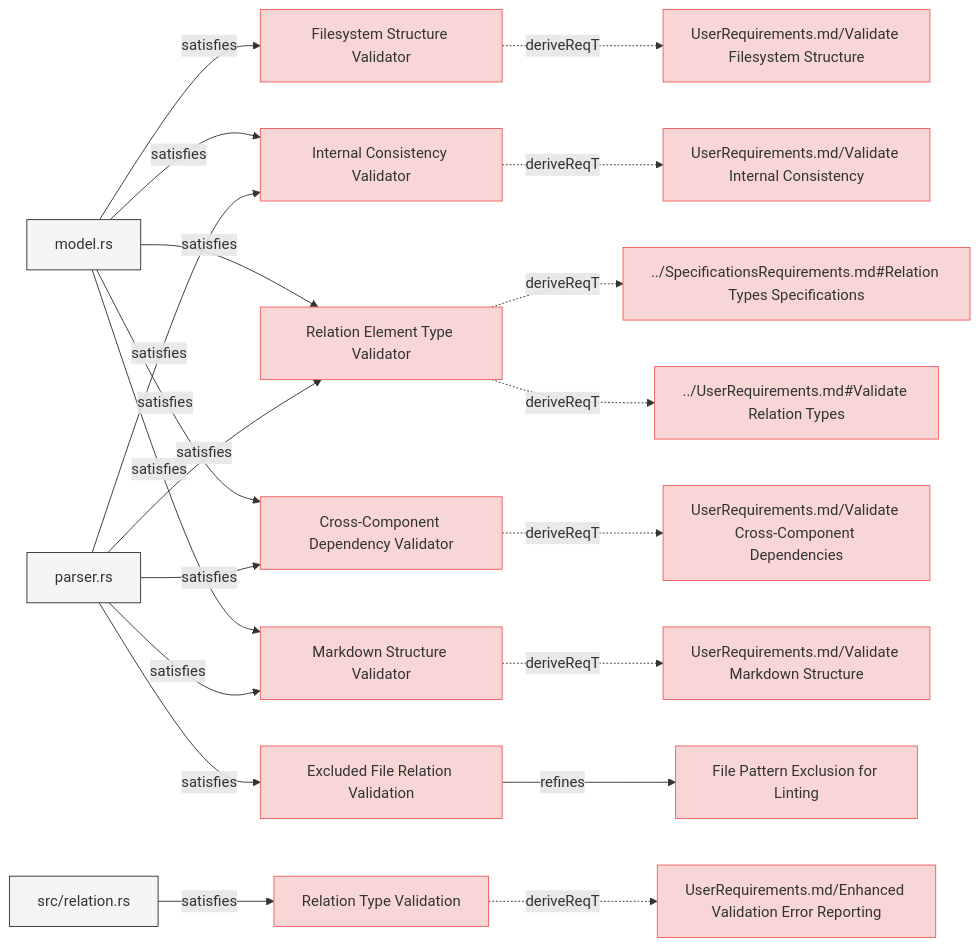
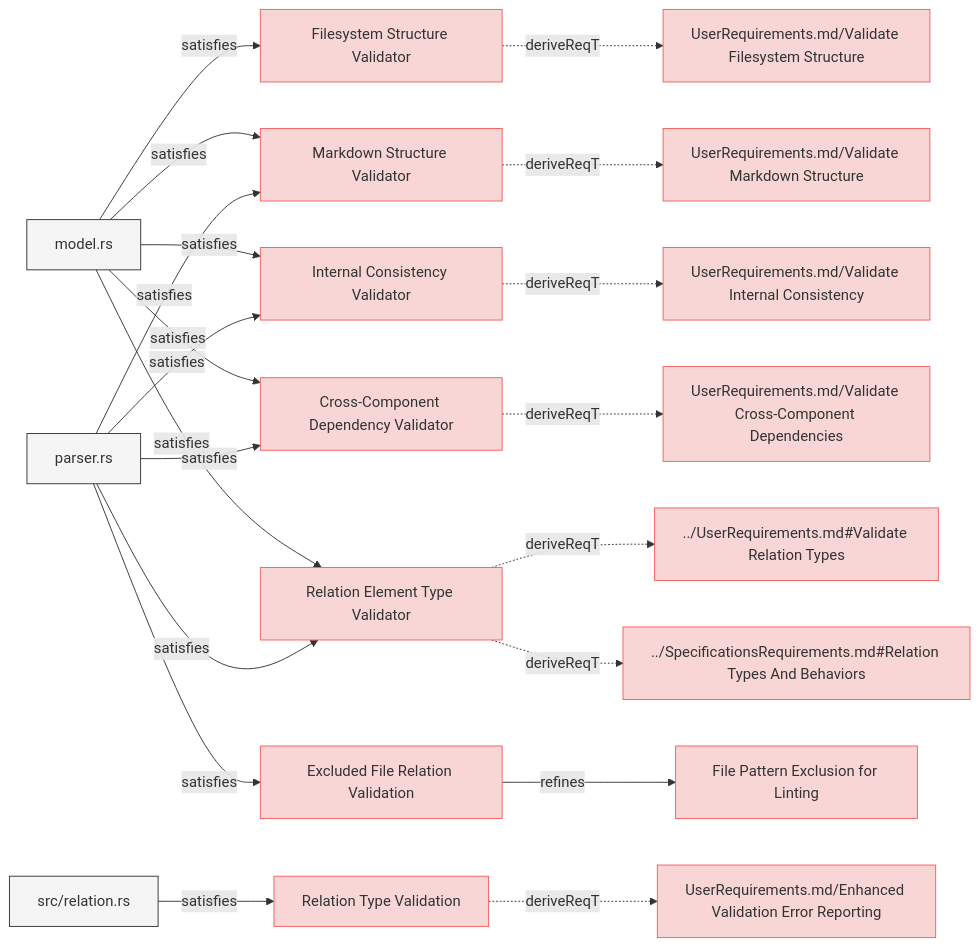
One commit to reqvire-org/reqvire changed the seventh of 8 diagrams in specifications/SystemRequirements/Requirements.md. Above: the diagram before and after it, drawn with Mermaid. The commit also changed other lines of this file and 56 other files, not shown here.

````diff
--- a/specifications/SystemRequirements/Requirements.md
+++ b/specifications/SystemRequirements/Requirements.md
@@ -854,82 +894,82 @@
 ```mermaid
 graph LR;
   %% Graph styling
   classDef requirement fill:#f9d6d6,stroke:#f55f5f,stroke-width:1px;
   classDef verification fill:#d6f9d6,stroke:#5fd75f,stroke-width:1px;
   classDef externalLink fill:#d0e0ff,stroke:#3080ff,stroke-width:1px;
   classDef default fill:#f5f5f5,stroke:#333333,stroke-width:1px;
 
+  ec201a112c9de469["Filesystem Structure Validator"];
+  click ec201a112c9de469 "https://github.com/ilijaljubicic/ReqFlow/blob/29a17f176519a28e973567d4102beb95f41075ed/specifications/SystemRequirements/Requirements.md#filesystem-structure-validator";
+  class ec201a112c9de469 requirement;
+  d834cc4bc9dbb07c["UserRequirements.md/Validate Filesystem Structure"];
+  class d834cc4bc9dbb07c requirement;
+  click d834cc4bc9dbb07c "https://github.com/ilijaljubicic/ReqFlow/blob/29a17f176519a28e973567d4102beb95f41075ed/specifications/UserRequirements.md#validate-filesystem-structure";
+  ec201a112c9de469 -.->|deriveReqT| d834cc4bc9dbb07c;
+  6136c216c9f80165["model.rs"];
+  class 6136c216c9f80165 default;
+  click 6136c216c9f80165 "https://github.com/ilijaljubicic/ReqFlow/blob/29a17f176519a28e973567d4102beb95f41075ed/core/src/model.rs";
+  6136c216c9f80165 -->|satisfies| ec201a112c9de469;
   887db62e0fb2818d["Markdown Structure Validator"];
-  click 887db62e0fb2818d "https://github.com/ilijaljubicic/ReqFlow/blob/a94231473c9a4a56fe21608ebd13787e0cc3f2dc/specifications/SystemRequirements/Requirements.md#markdown-structure-validator";
+  click 887db62e0fb2818d "https://github.com/ilijaljubicic/ReqFlow/blob/29a17f176519a28e973567d4102beb95f41075ed/specifications/SystemRequirements/Requirements.md#markdown-structure-validator";
   class 887db62e0fb2818d requirement;
   7b1772417b3ad5e["UserRequirements.md/Validate Markdown Structure"];
   class 7b1772417b3ad5e requirement;
-  click 7b1772417b3ad5e "https://github.com/ilijaljubicic/ReqFlow/blob/a94231473c9a4a56fe21608ebd13787e0cc3f2dc/specifications/UserRequirements.md#validate-markdown-structure";
+  click 7b1772417b3ad5e "https://github.com/ilijaljubicic/ReqFlow/blob/29a17f176519a28e973567d4102beb95f41075ed/specifications/UserRequirements.md#validate-markdown-structure";
   887db62e0fb2818d -.->|deriveReqT| 7b1772417b3ad5e;
-  6136c216c9f80165["model.rs"];
-  class 6136c216c9f80165 default;
-  click 6136c216c9f80165 "https://github.com/ilijaljubicic/ReqFlow/blob/a94231473c9a4a56fe21608ebd13787e0cc3f2dc/core/src/model.rs";
   6136c216c9f80165 -->|satisfies| 887db62e0fb2818d;
   3b1e87396caf6495["parser.rs"];
   class 3b1e87396caf6495 default;
-  click 3b1e87396caf6495 "https://github.com/ilijaljubicic/ReqFlow/blob/a94231473c9a4a56fe21608ebd13787e0cc3f2dc/core/src/parser.rs";
+  click 3b1e87396caf6495 "https://github.com/ilijaljubicic/ReqFlow/blob/29a17f176519a28e973567d4102beb95f41075ed/core/src/parser.rs";
   3b1e87396caf6495 -->|satisfies| 887db62e0fb2818d;
   5870488e00ee4f36["Relation Type Validation"];
-  click 5870488e00ee4f36 "https://github.com/ilijaljubicic/ReqFlow/blob/a94231473c9a4a56fe21608ebd13787e0cc3f2dc/specifications/SystemRequirements/Requirements.md#relation-type-validation";
+  click 5870488e00ee4f36 "https://github.com/ilijaljubicic/ReqFlow/blob/29a17f176519a28e973567d4102beb95f41075ed/specifications/SystemRequirements/Requirements.md#relation-type-validation";
   class 5870488e00ee4f36 requirement;
   7cf5cf9900076be6["UserRequirements.md/Enhanced Validation Error Reporting"];
   class 7cf5cf9900076be6 requirement;
-  click 7cf5cf9900076be6 "https://github.com/ilijaljubicic/ReqFlow/blob/a94231473c9a4a56fe21608ebd13787e0cc3f2dc/specifications/UserRequirements.md#enhanced-validation-error-reporting";
+  click 7cf5cf9900076be6 "https://github.com/ilijaljubicic/ReqFlow/blob/29a17f176519a28e973567d4102beb95f41075ed/specifications/UserRequirements.md#enhanced-validation-error-reporting";
   5870488e00ee4f36 -.->|deriveReqT| 7cf5cf9900076be6;
   ed4f94bde93b51b2["src/relation.rs"];
   class ed4f94bde93b51b2 default;
-  click ed4f94bde93b51b2 "https://github.com/ilijaljubicic/ReqFlow/blob/a94231473c9a4a56fe21608ebd13787e0cc3f2dc/core/src/relation.rs";
+  click ed4f94bde93b51b2 "https://github.com/ilijaljubicic/ReqFlow/blob/29a17f176519a28e973567d4102beb95f41075ed/core/src/relation.rs";
   ed4f94bde93b51b2 -->|satisfies| 5870488e00ee4f36;
-  c5c85bedd1cf11e6["Excluded File Relation Validation"];
-  click c5c85bedd1cf11e6 "https://github.com/ilijaljubicic/ReqFlow/blob/a94231473c9a4a56fe21608ebd13787e0cc3f2dc/specifications/SystemRequirements/Requirements.md#excluded-file-relation-validation";
-  class c5c85bedd1cf11e6 requirement;
-  45770e9b319d3819["File Pattern Exclusion for Linting"];
-  class 45770e9b319d3819 requirement;
-  click 45770e9b319d3819 "https://github.com/ilijaljubicic/ReqFlow/blob/a94231473c9a4a56fe21608ebd13787e0cc3f2dc/specifications/SystemRequirements/Requirements.md#file-pattern-exclusion-for-linting";
-  c5c85bedd1cf11e6 -->|refines| 45770e9b319d3819;
-  3b1e87396caf6495 -->|satisfies| c5c85bedd1cf11e6;
+  1c2e7c81f9f01e10["Internal Consistency Validator"];
+  click 1c2e7c81f9f01e10 "https://github.com/ilijaljubicic/ReqFlow/blob/29a17f176519a28e973567d4102beb95f41075ed/specifications/SystemRequirements/Requirements.md#internal-consistency-validator";
+  class 1c2e7c81f9f01e10 requirement;
+  9e524ac696c43a26["UserRequirements.md/Validate Internal Consistency"];
+  class 9e524ac696c43a26 requirement;
+  click 9e524ac696c43a26 "https://github.com/ilijaljubicic/ReqFlow/blob/29a17f176519a28e973567d4102beb95f41075ed/specifications/UserRequirements.md#validate-internal-consistency";
+  1c2e7c81f9f01e10 -.->|deriveReqT| 9e524ac696c43a26;
+  6136c216c9f80165 -->|satisfies| 1c2e7c81f9f01e10;
+  3b1e87396caf6495 -->|satisfies| 1c2e7c81f9f01e10;
   c7d88aff4ec97281["Cross-Component Dependency Validator"];
-  click c7d88aff4ec97281 "https://github.com/ilijaljubicic/ReqFlow/blob/a94231473c9a4a56fe21608ebd13787e0cc3f2dc/specifications/SystemRequirements/Requirements.md#cross-component-dependency-validator";
+  click c7d88aff4ec97281 "https://github.com/ilijaljubicic/ReqFlow/blob/29a17f176519a28e973567d4102beb95f41075ed/specifications/SystemRequirements/Requirements.md#cross-component-dependency-validator";
   class c7d88aff4ec97281 requirement;
   6e40bf9f83a718fa["UserRequirements.md/Validate Cross-Component Dependencies"];
   class 6e40bf9f83a718fa requirement;
-  click 6e40bf9f83a718fa "https://github.com/ilijaljubicic/ReqFlow/blob/a94231473c9a4a56fe21608ebd13787e0cc3f2dc/specifications/UserRequirements.md#validate-cross-component-dependencies";
+  click 6e40bf9f83a718fa "https://github.com/ilijaljubicic/ReqFlow/blob/29a17f176519a28e973567d4102beb95f41075ed/specifications/UserRequirements.md#validate-cross-component-dependencies";
   c7d88aff4ec97281 -.->|deriveReqT| 6e40bf9f83a718fa;
   6136c216c9f80165 -->|satisfies| c7d88aff4ec97281;
   3b1e87396caf6495 -->|satisfies| c7d88aff4ec97281;
   212d1317cd2b25fc["Relation Element Type Validator"];
-  click 212d1317cd2b25fc "https://github.com/ilijaljubicic/ReqFlow/blob/a94231473c9a4a56fe21608ebd13787e0cc3f2dc/specifications/SystemRequirements/Requirements.md#relation-element-type-validator";
+  click 212d1317cd2b25fc "https://github.com/ilijaljubicic/ReqFlow/blob/29a17f176519a28e973567d4102beb95f41075ed/specifications/SystemRequirements/Requirements.md#relation-element-type-validator";
   class 212d1317cd2b25fc requirement;
   e587d63764466914["../UserRequirements.md#Validate Relation Types"];
   class e587d63764466914 requirement;
-  click e587d63764466914 "https://github.com/ilijaljubicic/ReqFlow/blob/a94231473c9a4a56fe21608ebd13787e0cc3f2dc/specifications/UserRequirements.md#validate-relation-types";
+  click e587d63764466914 "https://github.com/ilijaljubicic/ReqFlow/blob/29a17f176519a28e973567d4102beb95f41075ed/specifications/UserRequirements.md#validate-relation-types";
   212d1317cd2b25fc -.->|deriveReqT| e587d63764466914;
-  a34d9281a02c6839["../SpecificationsRequirements.md#Relation Types Specifications"];
-  class a34d9281a02c6839 requirement;
-  click a34d9281a02c6839 "https://github.com/ilijaljubicic/ReqFlow/blob/a94231473c9a4a56fe21608ebd13787e0cc3f2dc/specifications/SpecificationsRequirements.md#relation-types-specifications";
-  212d1317cd2b25fc -.->|deriveReqT| a34d9281a02c6839;
+  4f0d2b5f5597a8c9["../SpecificationsRequirements.md#Relation Types And Behaviors"];
+  class 4f0d2b5f5597a8c9 requirement;
+  click 4f0d2b5f5597a8c9 "https://github.com/ilijaljubicic/ReqFlow/blob/29a17f176519a28e973567d4102beb95f41075ed/specifications/SpecificationsRequirements.md#relation-types-and-behaviors";
+  212d1317cd2b25fc -.->|deriveReqT| 4f0d2b5f5597a8c9;
   6136c216c9f80165 -->|satisfies| 212d1317cd2b25fc;
   3b1e87396caf6495 -->|satisfies| 212d1317cd2b25fc;
-  ec201a112c9de469["Filesystem Structure Validator"];
-  click ec201a112c9de469 "https://github.com/ilijaljubicic/ReqFlow/blob/a94231473c9a4a56fe21608ebd13787e0cc3f2dc/specifications/SystemRequirements/Requirements.md#filesystem-structure-validator";
-  class ec201a112c9de469 requirement;
-  d834cc4bc9dbb07c["UserRequirements.md/Validate Filesystem Structure"];
-  class d834cc4bc9dbb07c requirement;
-  click d834cc4bc9dbb07c "https://github.com/ilijaljubicic/ReqFlow/blob/a94231473c9a4a56fe21608ebd13787e0cc3f2dc/specifications/UserRequirements.md#validate-filesystem-structure";
-  ec201a112c9de469 -.->|deriveReqT| d834cc4bc9dbb07c;
-  6136c216c9f80165 -->|satisfies| ec201a112c9de469;
-  1c2e7c81f9f01e10["Internal Consistency Validator"];
-  click 1c2e7c81f9f01e10 "https://github.com/ilijaljubicic/ReqFlow/blob/a94231473c9a4a56fe21608ebd13787e0cc3f2dc/specifications/SystemRequirements/Requirements.md#internal-consistency-validator";
-  class 1c2e7c81f9f01e10 requirement;
-  9e524ac696c43a26["UserRequirements.md/Validate Internal Consistency"];
-  class 9e524ac696c43a26 requirement;
-  click 9e524ac696c43a26 "https://github.com/ilijaljubicic/ReqFlow/blob/a94231473c9a4a56fe21608ebd13787e0cc3f2dc/specifications/UserRequirements.md#validate-internal-consistency";
-  1c2e7c81f9f01e10 -.->|deriveReqT| 9e524ac696c43a26;
-  6136c216c9f80165 -->|satisfies| 1c2e7c81f9f01e10;
-  3b1e87396caf6495 -->|satisfies| 1c2e7c81f9f01e10;
+  c5c85bedd1cf11e6["Excluded File Relation Validation"];
+  click c5c85bedd1cf11e6 "https://github.com/ilijaljubicic/ReqFlow/blob/29a17f176519a28e973567d4102beb95f41075ed/specifications/SystemRequirements/Requirements.md#excluded-file-relation-validation";
+  class c5c85bedd1cf11e6 requirement;
+  45770e9b319d3819["File Pattern Exclusion for Linting"];
+  class 45770e9b319d3819 requirement;
+  click 45770e9b319d3819 "https://github.com/ilijaljubicic/ReqFlow/blob/29a17f176519a28e973567d4102beb95f41075ed/specifications/SystemRequirements/Requirements.md#file-pattern-exclusion-for-linting";
+  c5c85bedd1cf11e6 -->|refines| 45770e9b319d3819;
+  3b1e87396caf6495 -->|satisfies| c5c85bedd1cf11e6;
 ```
````
